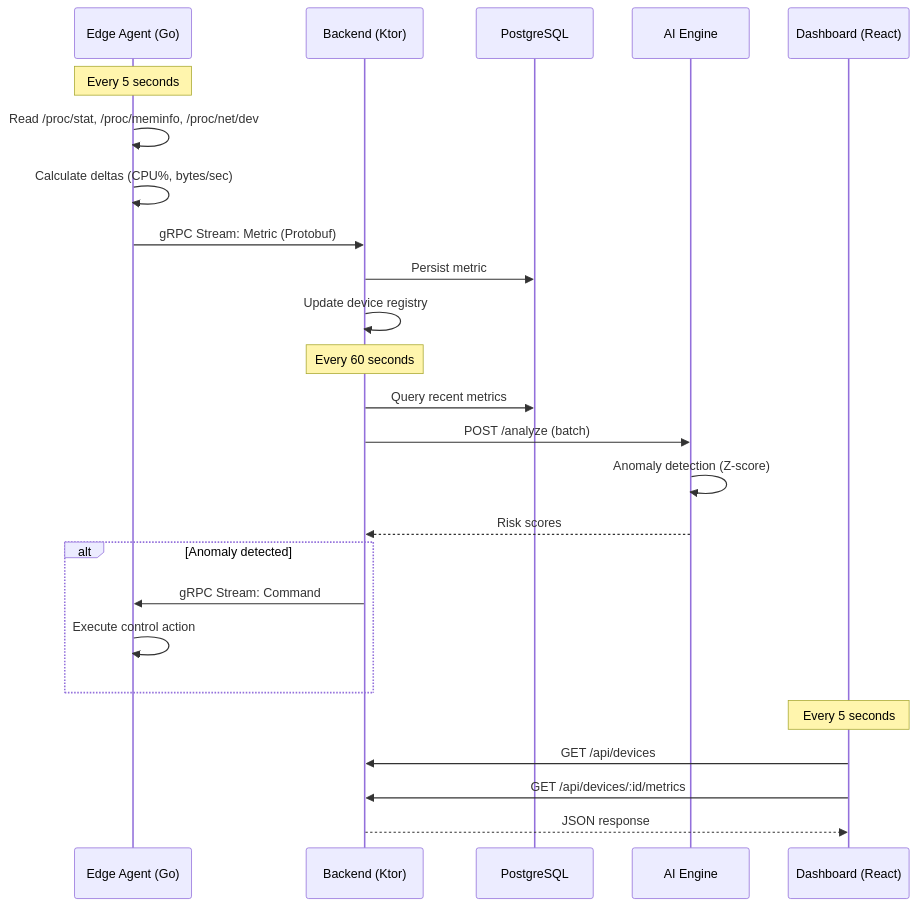
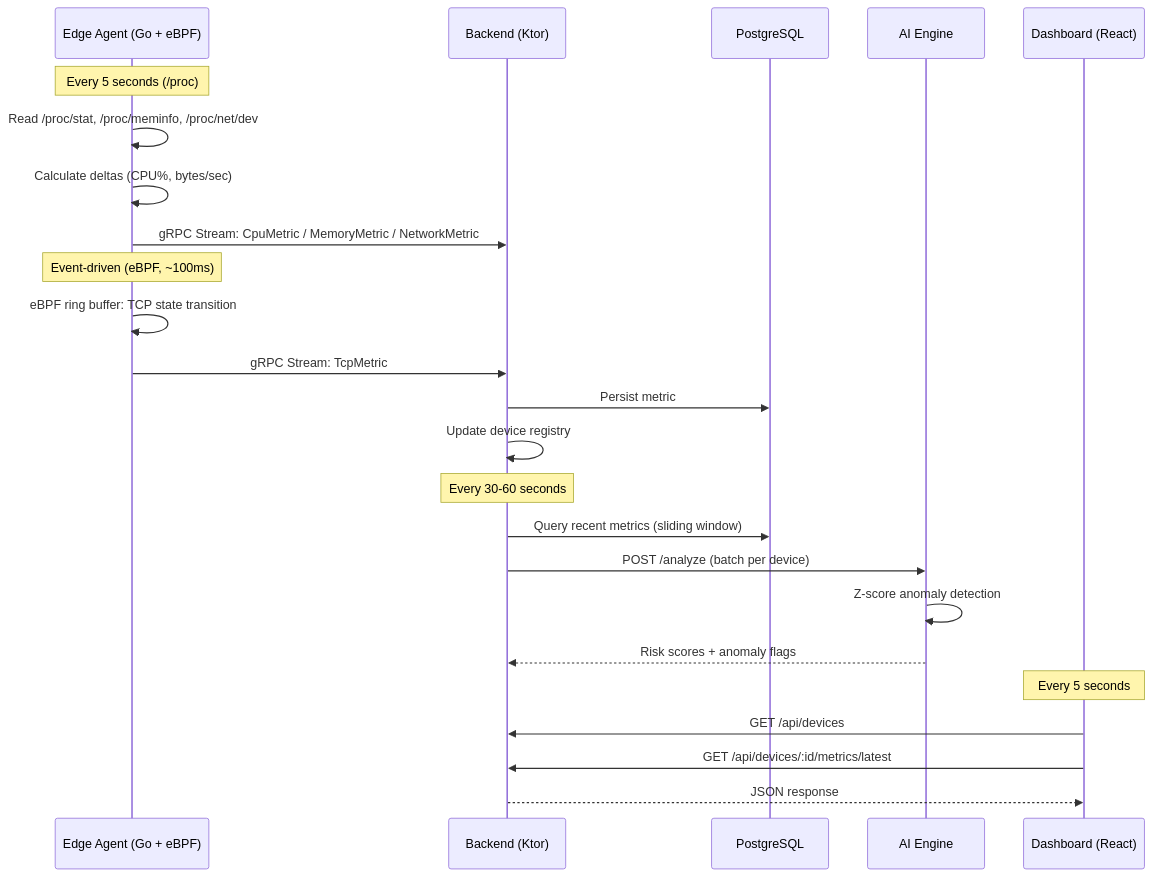
Before and after one commit to Yahia995/edge-telemetry: the second of 3 diagrams in README.md, drawn with Mermaid. The commit also changed other lines of this file and 2 other files, not shown here.

````diff
--- a/README.md
+++ b/README.md
@@ -101,31 +98,31 @@
 ```mermaid
 sequenceDiagram
-    participant Agent as Edge Agent (Go)
+    participant Agent as Edge Agent (Go + eBPF)
     participant Backend as Backend (Ktor)
     participant DB as PostgreSQL
     participant AI as AI Engine
     participant UI as Dashboard (React)
 
-    Note over Agent: Every 5 seconds
+    Note over Agent: Every 5 seconds (/proc)
     Agent->>Agent: Read /proc/stat, /proc/meminfo, /proc/net/dev
     Agent->>Agent: Calculate deltas (CPU%, bytes/sec)
-    Agent->>Backend: gRPC Stream: Metric (Protobuf)
+    Agent->>Backend: gRPC Stream: CpuMetric / MemoryMetric / NetworkMetric
+
+    Note over Agent: Event-driven (eBPF, ~100ms)
+    Agent->>Agent: eBPF ring buffer: TCP state transition
+    Agent->>Backend: gRPC Stream: TcpMetric
+
     Backend->>DB: Persist metric
     Backend->>Backend: Update device registry
 
-    Note over Backend: Every 60 seconds
-    Backend->>DB: Query recent metrics
-    Backend->>AI: POST /analyze (batch)
-    AI->>AI: Anomaly detection (Z-score)
-    AI-->>Backend: Risk scores
-
-    alt Anomaly detected
-        Backend->>Agent: gRPC Stream: Command
-        Agent->>Agent: Execute control action
-    end
+    Note over Backend: Every 30-60 seconds
+    Backend->>DB: Query recent metrics (sliding window)
+    Backend->>AI: POST /analyze (batch per device)
+    AI->>AI: Z-score anomaly detection
+    AI-->>Backend: Risk scores + anomaly flags
 
     Note over UI: Every 5 seconds
     UI->>Backend: GET /api/devices
-    UI->>Backend: GET /api/devices/:id/metrics
+    UI->>Backend: GET /api/devices/:id/metrics/latest
     Backend-->>UI: JSON response
 ```
````
